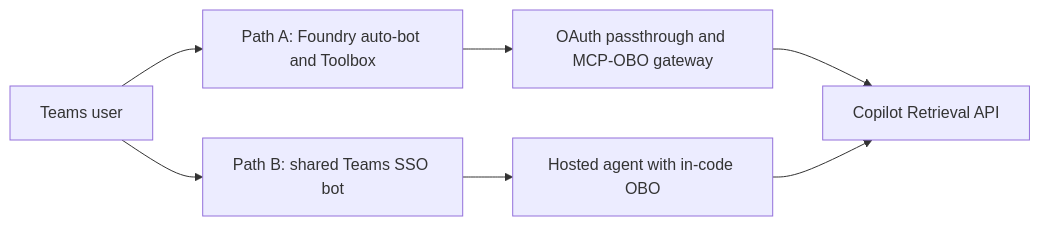
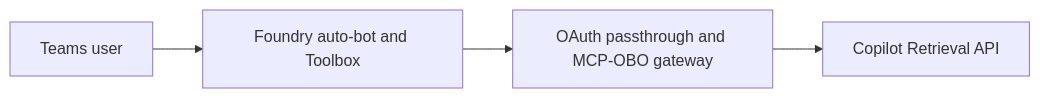
One commit to Heenanl/Foundry_EnterpriseAgents changed the diagram in foundryagents/hostedagent/sharepoint-copilot-retrieval/README.md. Above: the diagram before and after it, drawn with Mermaid. The commit also changed other lines of this file and 26 other files, not shown here.

````diff
--- a/foundryagents/hostedagent/sharepoint-copilot-retrieval/README.md
+++ b/foundryagents/hostedagent/sharepoint-copilot-retrieval/README.md
@@ -9,9 +8,6 @@
 ```mermaid
 flowchart LR
-U[Teams user] --> A[Path A: Foundry auto-bot and Toolbox]
+U[Teams user] --> A[Foundry auto-bot and Toolbox]
 A --> G[OAuth passthrough and MCP-OBO gateway]
-U --> B[Path B: shared Teams SSO bot]
-B --> H[Hosted agent with in-code OBO]
 G --> R[Copilot Retrieval API]
-H --> R
 ```
````
